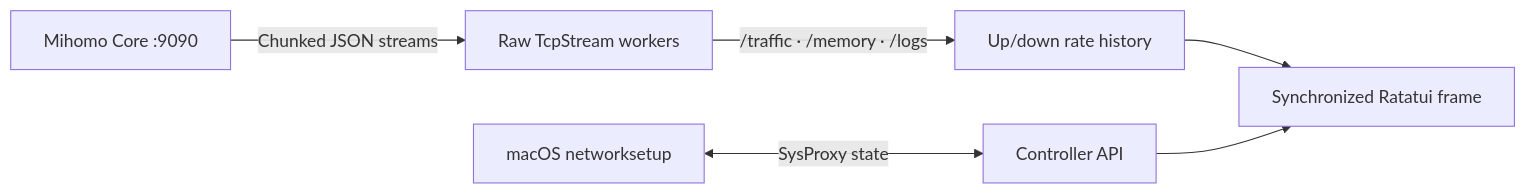
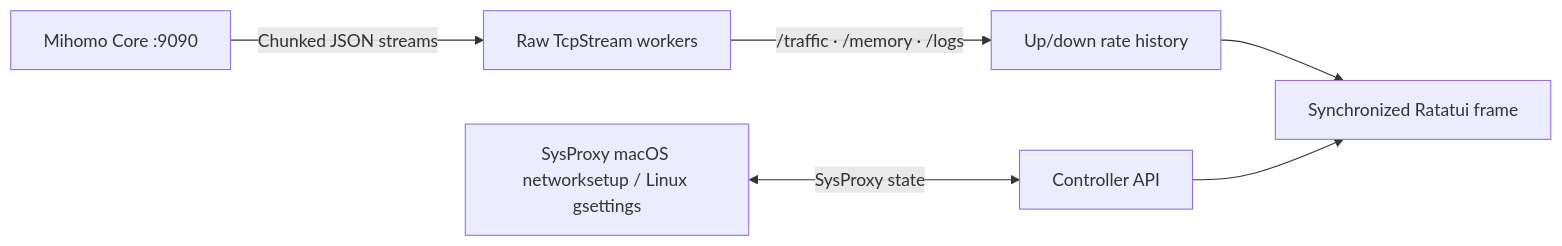
One commit to wormforce/terc changed the diagram in README.en.md. Above: the diagram before and after it, drawn with Mermaid. The commit also changed other lines of this file and 9 other files, not shown here.

First line of the commit message:
Open on the dashboard and support Linux beside macOS (#2)

````diff
--- a/README.en.md
+++ b/README.en.md
@@ -134,8 +138,8 @@
 ```mermaid
 flowchart LR
     A[Mihomo Core :9090] -->|Chunked JSON streams| B[Raw TcpStream workers]
     B -->|/traffic · /memory · /logs| C[Up/down rate history]
-    D[macOS networksetup] <-->|SysProxy state| E[Controller API]
+    D[SysProxy macOS networksetup / Linux gsettings] <-->|SysProxy state| E[Controller API]
     C --> F[Synchronized Ratatui frame]
     E --> F
 ```
````
